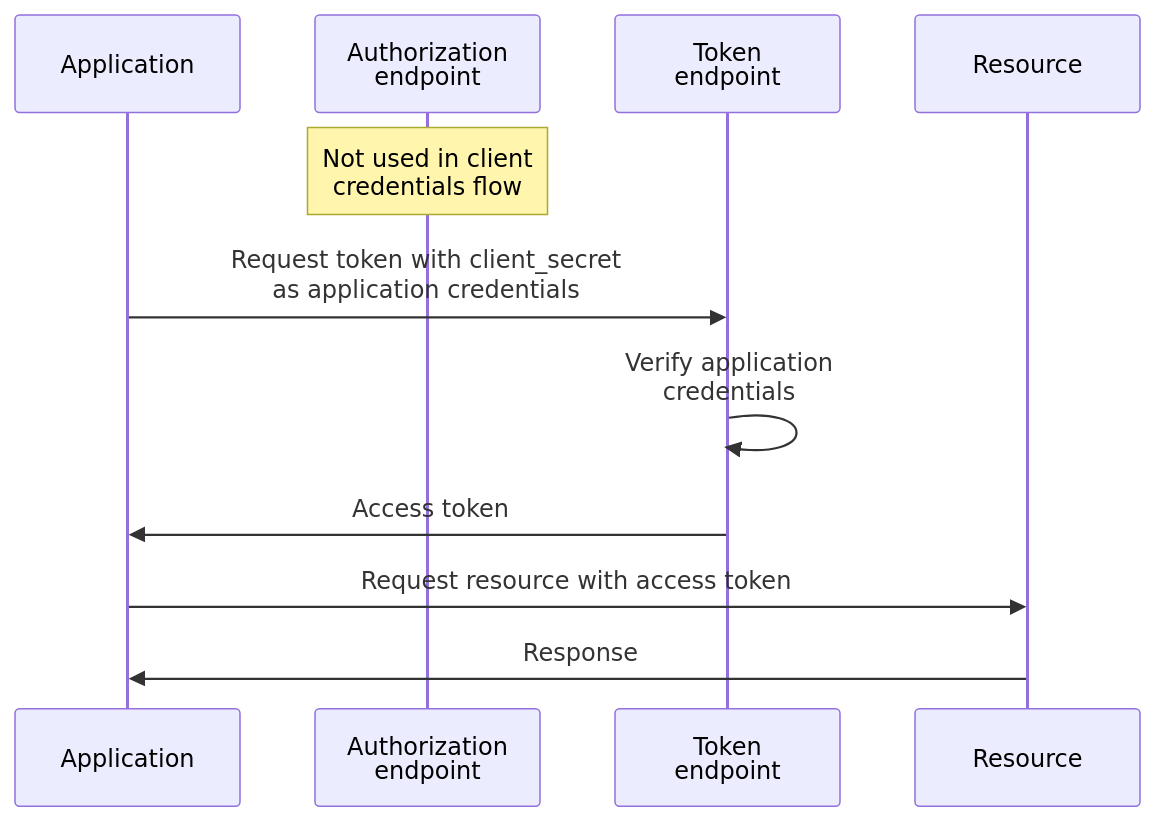
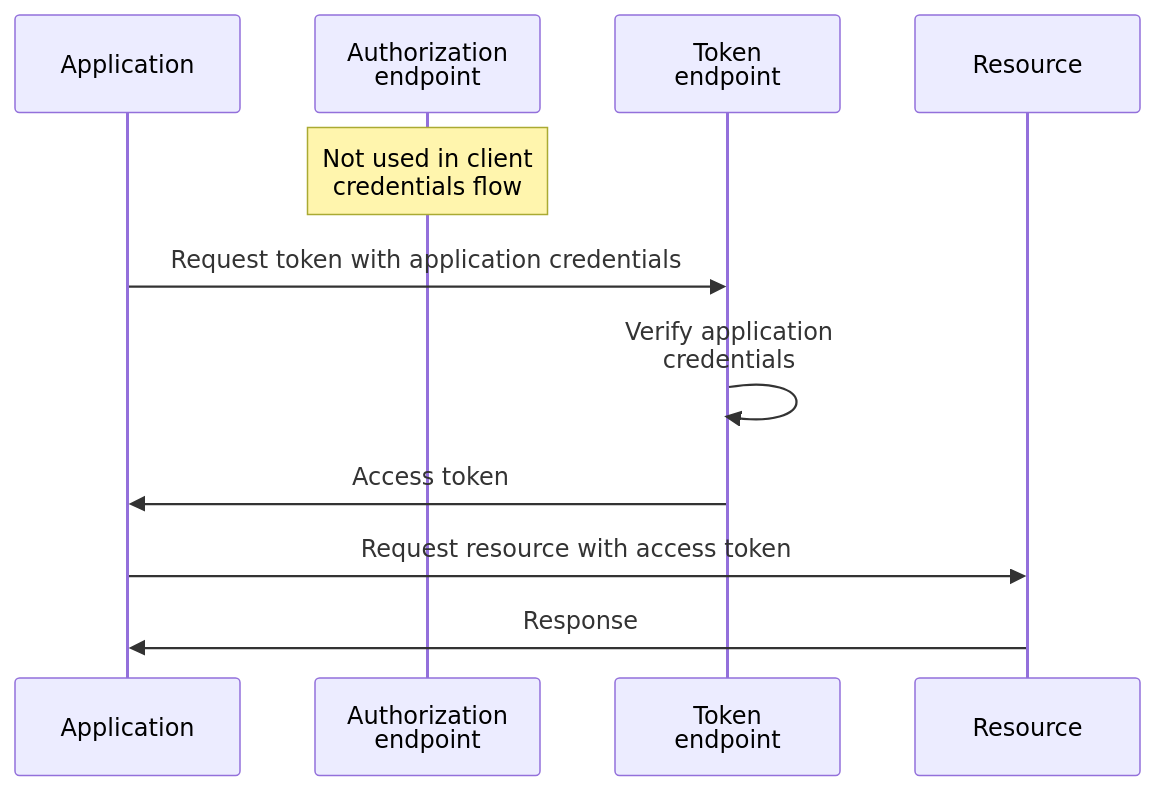
Before and after one commit to joetanx/mslab: the first of 3 diagrams in oauth-2.0-flows.md, drawn with Mermaid. The commit also changed other lines of this file, not shown here.

````diff
--- a/oauth-2.0-flows.md
+++ b/oauth-2.0-flows.md
@@ -3,13 +3,13 @@
 ```mermaid
 sequenceDiagram
   participant B as Application
   participant C as Authorization<br>endpoint
   note over C:Not used in client<br>credentials flow
   participant D as Token<br>endpoint
   participant E as Resource
-  B->>D:Request token with client_secret<br>as application credentials
+  B->>D:Request token with application credentials
   D->>D:Verify application<br>credentials
   D->>B:Access token
   B->>E:Request resource with access token
   E->>B:Response
 ```
````
